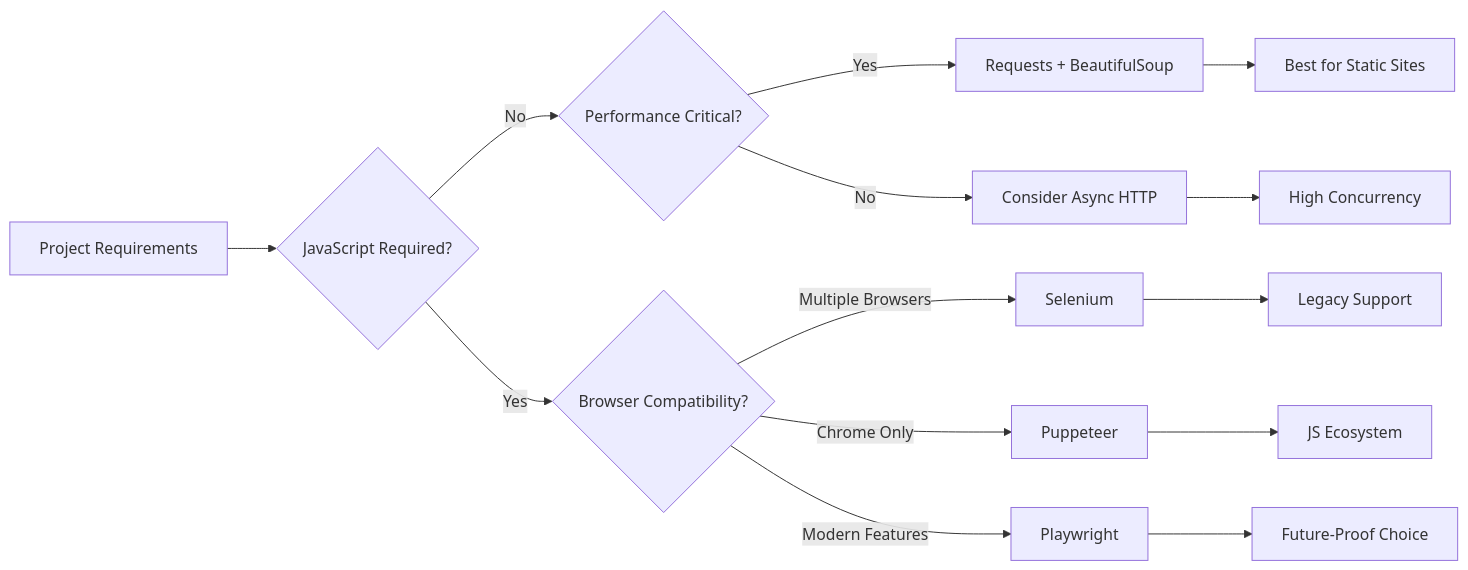
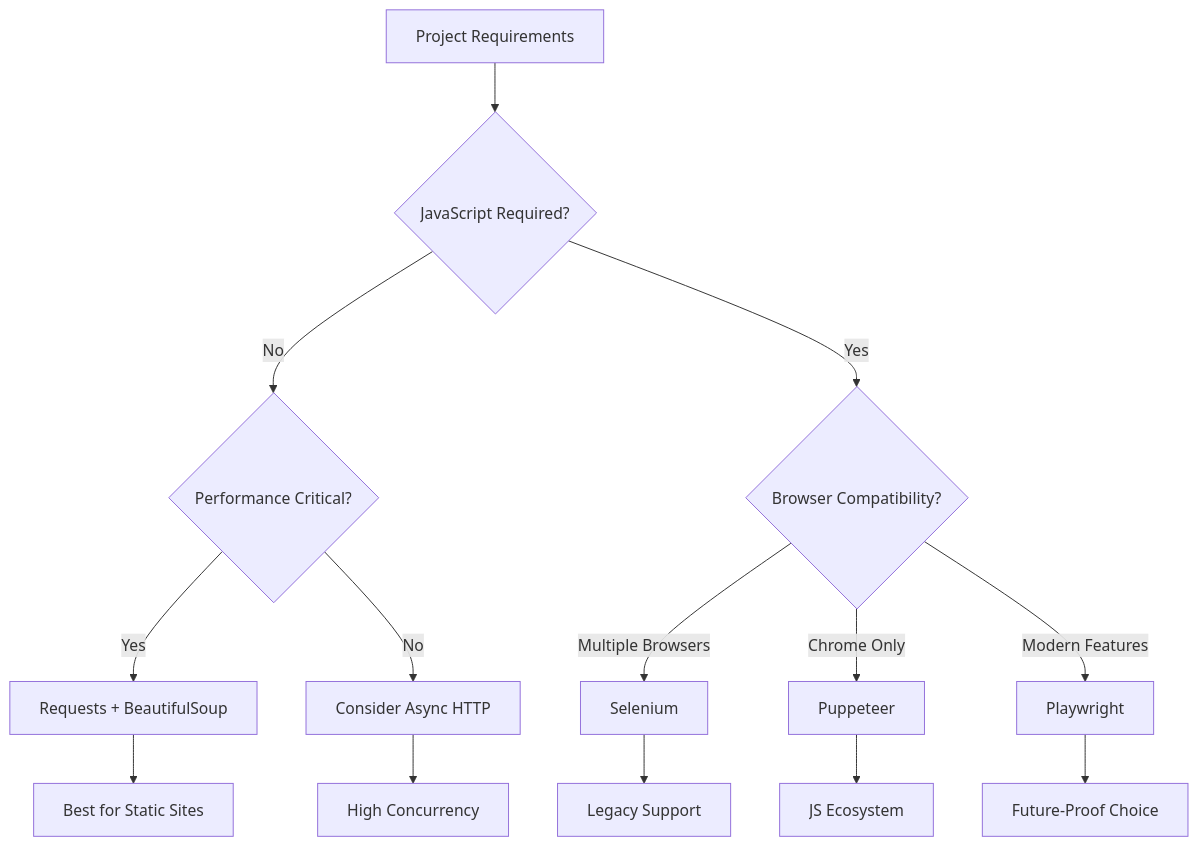
The second of 2 diagrams in _posts/2025-05-19-scraping-tools-compared-finding-your-starting-point.md (bytetunnels/bytetunnels.github.com), drawn with Mermaid before and after one commit. The commit also changed 25 other files, not shown here.

Commit message:
chore: fixed mermaid charts

````diff
--- a/_posts/2025-05-19-scraping-tools-compared-finding-your-starting-point.md
+++ b/_posts/2025-05-19-scraping-tools-compared-finding-your-starting-point.md
@@ -199,19 +199,21 @@
 ```mermaid
-graph LR
-    A[Project Requirements] --> B{JavaScript Required?}
+graph TD
+    A[Project Requirements]
+    A --> B{JavaScript Required?}
+
     B -->|No| C{Performance Critical?}
     B -->|Yes| D{Browser Compatibility?}
-    
+
     C -->|Yes| E[Requests + BeautifulSoup]
     C -->|No| F[Consider Async HTTP]
-    
+
     D -->|Multiple Browsers| G[Selenium]
     D -->|Chrome Only| H[Puppeteer]
     D -->|Modern Features| I[Playwright]
-    
+
     E --> J[Best for Static Sites]
     F --> K[High Concurrency]
     G --> L[Legacy Support]
     H --> M[JS Ecosystem]
     I --> N[Future-Proof Choice]
 ```
````
